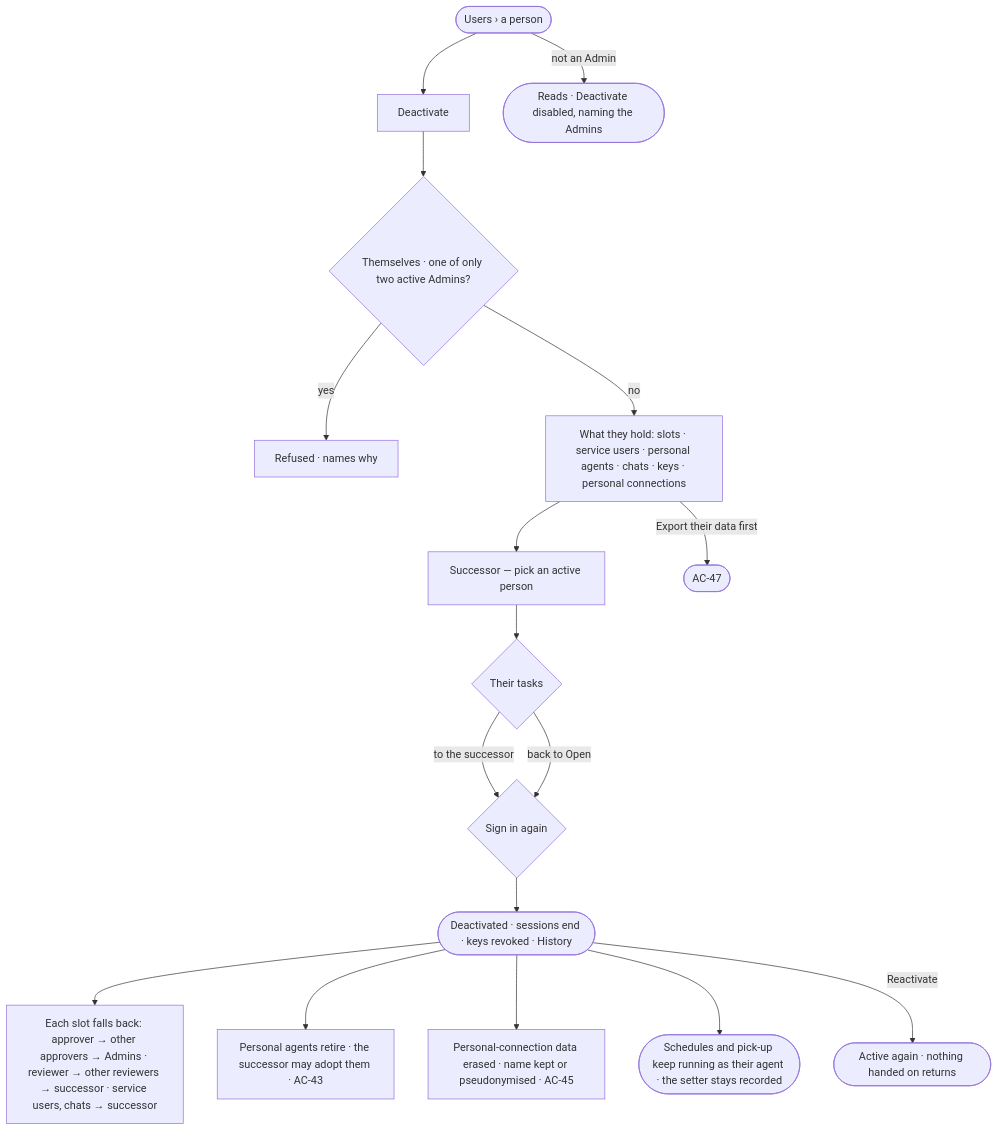
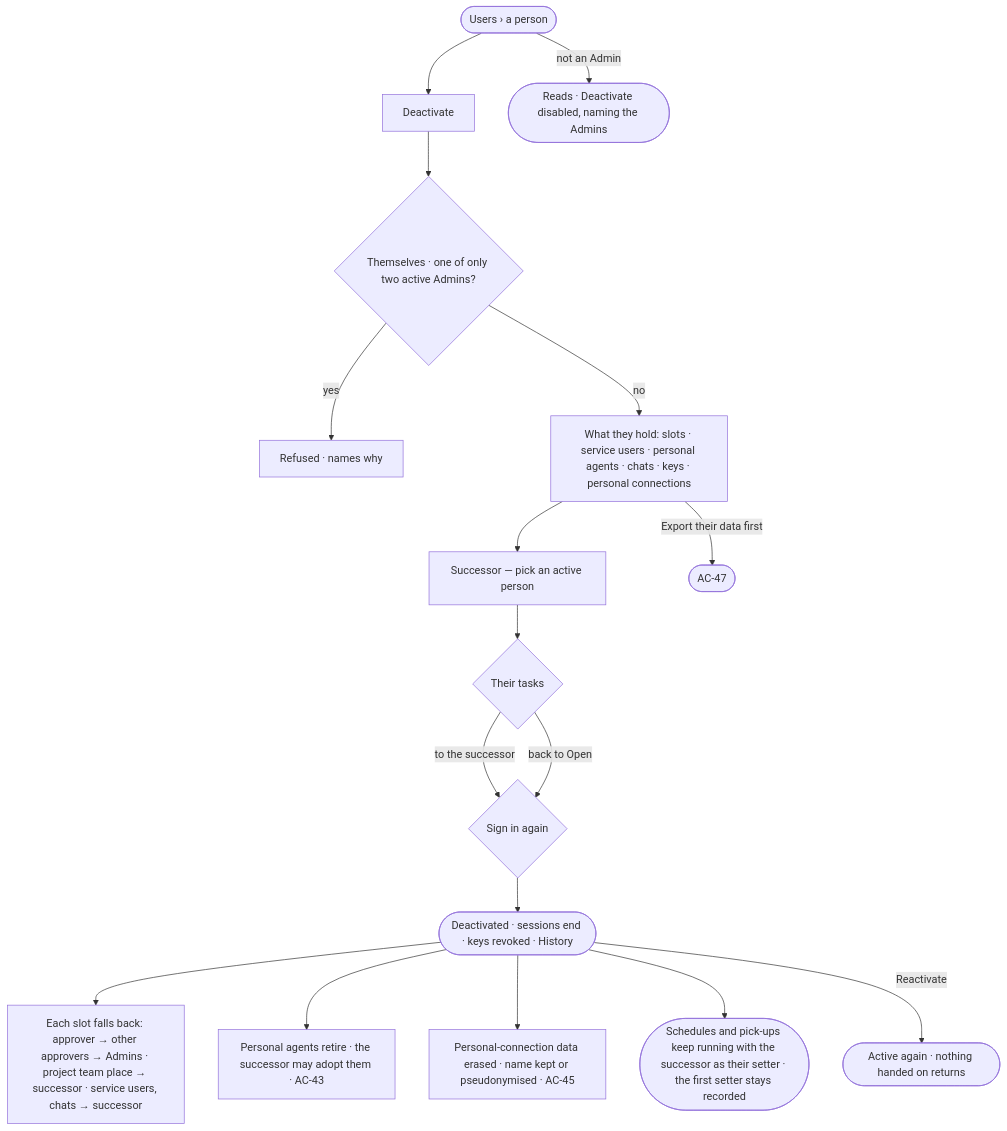
The diagram in specs/os/access/features/AC-F03-directory/stories/AC-23-deactivate-a-person-who-leaves/story.md (invana/invana), drawn with Mermaid before and after one commit. The commit also changed other lines of this file and 106 other files, not shown here.

````diff
--- a/specs/os/access/features/AC-F03-directory/stories/AC-23-deactivate-a-person-who-leaves/story.md
+++ b/specs/os/access/features/AC-F03-directory/stories/AC-23-deactivate-a-person-who-leaves/story.md
@@ -26,19 +26,19 @@
 ```mermaid
 flowchart TD
   s([Users › a person]) --> d["Deactivate"]
   d --> chk{"Themselves · one of only two active Admins?"}
   chk -->|yes| no["Refused · names why"]
   chk -->|no| o["What they hold: slots · service users · personal agents · chats · keys · personal connections"]
   o --> su["Successor — pick an active person"]
   su --> tk{"Their tasks"}
   tk -->|to the successor| pw
   tk -->|back to Open| pw
   o -->|Export their data first| ex(["AC-47"])
   pw{"Sign in again"} --> done(["Deactivated · sessions end · keys revoked · History"])
-  done --> sl["Each slot falls back: approver → other approvers → Admins · reviewer → other reviewers → successor · service users, chats → successor"]
+  done --> sl["Each slot falls back: approver → other approvers → Admins · project team place → successor · service users, chats → successor"]
   done --> ag["Personal agents retire · the successor may adopt them · AC-43"]
   done --> pd["Personal-connection data erased · name kept or pseudonymised · AC-45"]
-  done --> sch(["Schedules and pick-up keep running as their agent · the setter stays recorded"])
+  done --> sch(["Schedules and pick-ups keep running with the successor as their setter · the first setter stays recorded"])
   done -->|Reactivate| re(["Active again · nothing handed on returns"])
   s -->|not an Admin| ro(["Reads · Deactivate disabled, naming the Admins"])
 ```
````
